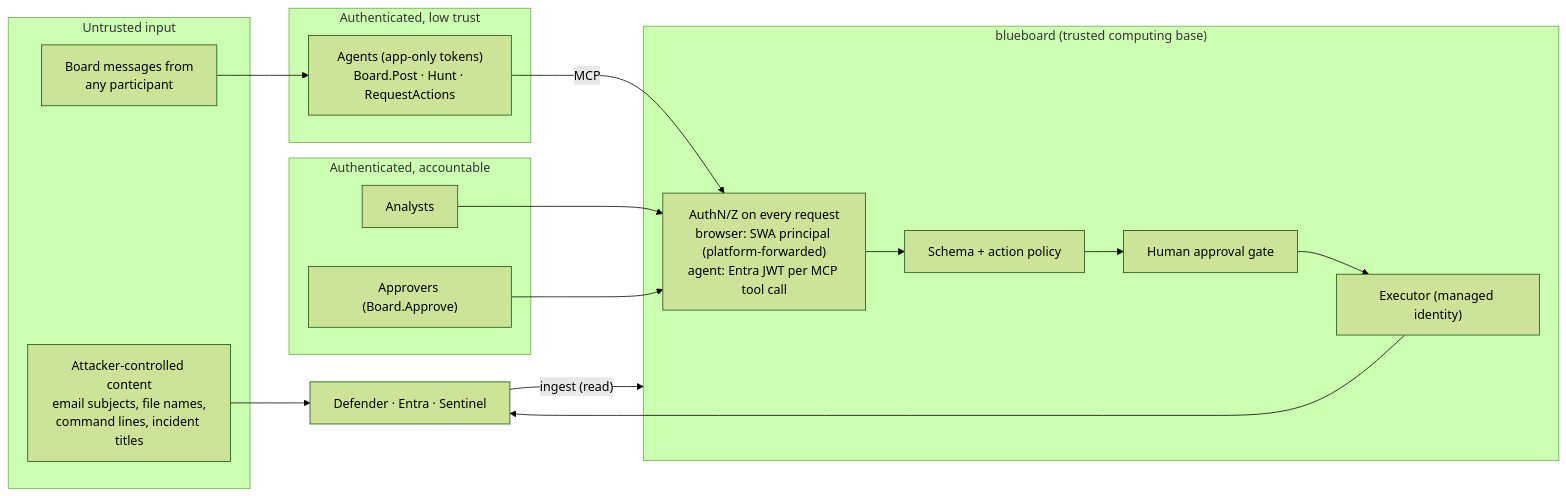
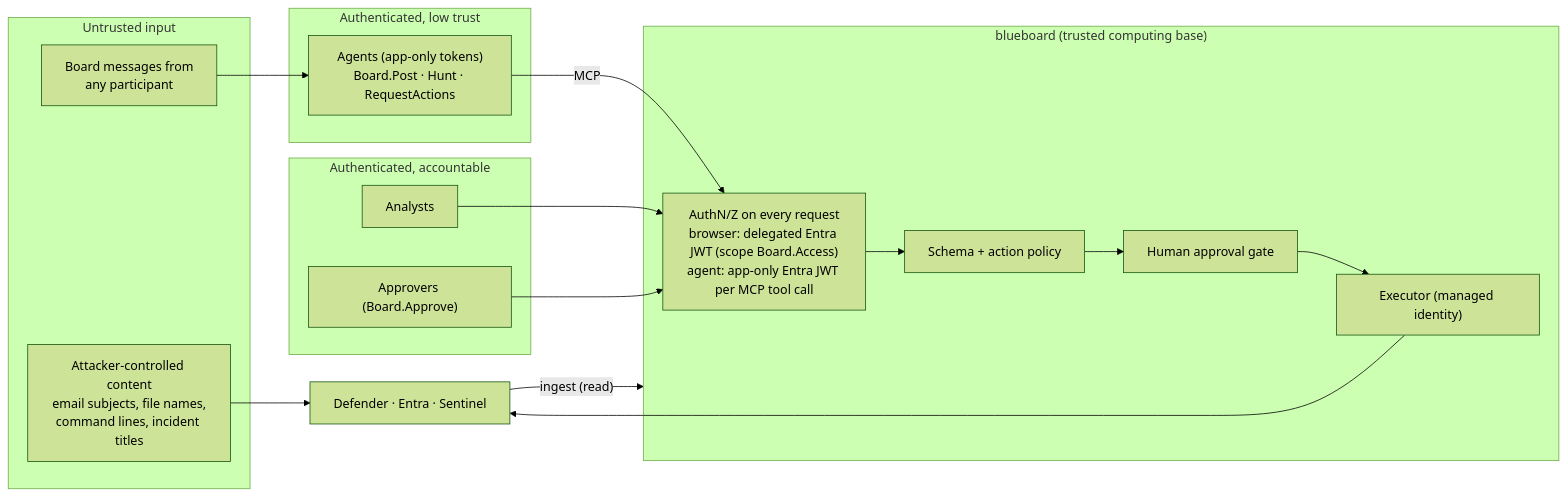
The diagram in docs/SECURITY.md (jusso-dev/blueboard), drawn with Mermaid (forest theme) before and after one commit. The commit also changed other lines of this file and 40 other files, not shown here.

````diff
--- a/docs/SECURITY.md
+++ b/docs/SECURITY.md
@@ -27,29 +27,29 @@
 ```mermaid
 flowchart LR
   subgraph untrusted["Untrusted input"]
     A1["Attacker-controlled content<br/>email subjects, file names,<br/>command lines, incident titles"]
     A2["Board messages from<br/>any participant"]
   end
   subgraph clients["Authenticated, low trust"]
     AG["Agents (app-only tokens)<br/>Board.Post · Hunt · RequestActions"]
   end
   subgraph humans["Authenticated, accountable"]
     AN["Analysts"]
     AP["Approvers (Board.Approve)"]
   end
   subgraph board["blueboard (trusted computing base)"]
-    AUTHZ["AuthN/Z on every request<br/>browser: SWA principal (platform-forwarded)<br/>agent: Entra JWT per MCP tool call"]
+    AUTHZ["AuthN/Z on every request<br/>browser: delegated Entra JWT (scope Board.Access)<br/>agent: app-only Entra JWT per MCP tool call"]
     POL["Schema + action policy"]
     APPR["Human approval gate"]
     EXEC["Executor (managed identity)"]
   end
   MS["Defender · Entra · Sentinel"]
 
   A1 --> MS
   MS -- "ingest (read)" --> board
   A2 --> AG
   AG -- "MCP" --> AUTHZ
   AN --> AUTHZ
   AP --> AUTHZ
   AUTHZ --> POL --> APPR --> EXEC --> MS
 ```
````
